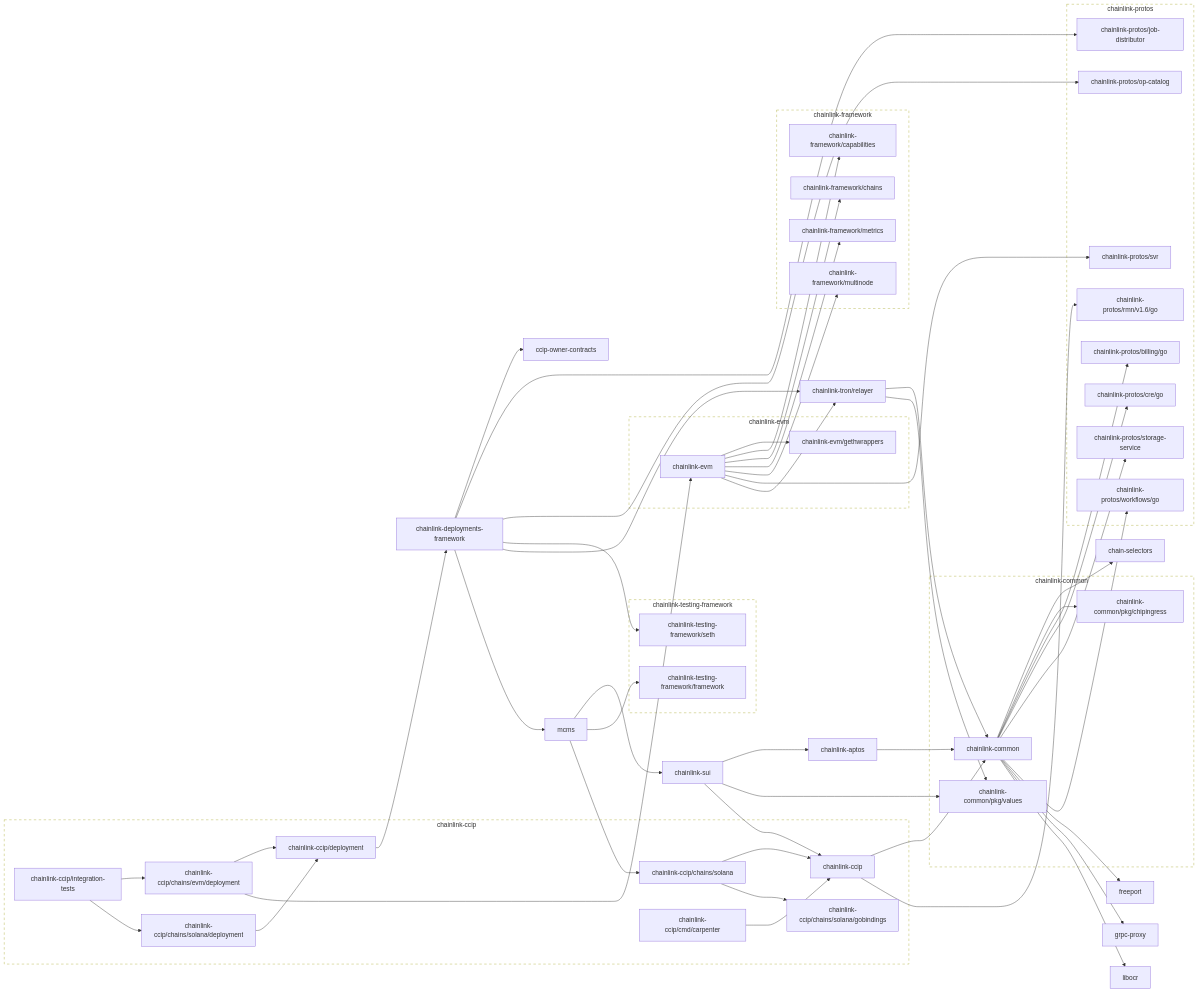
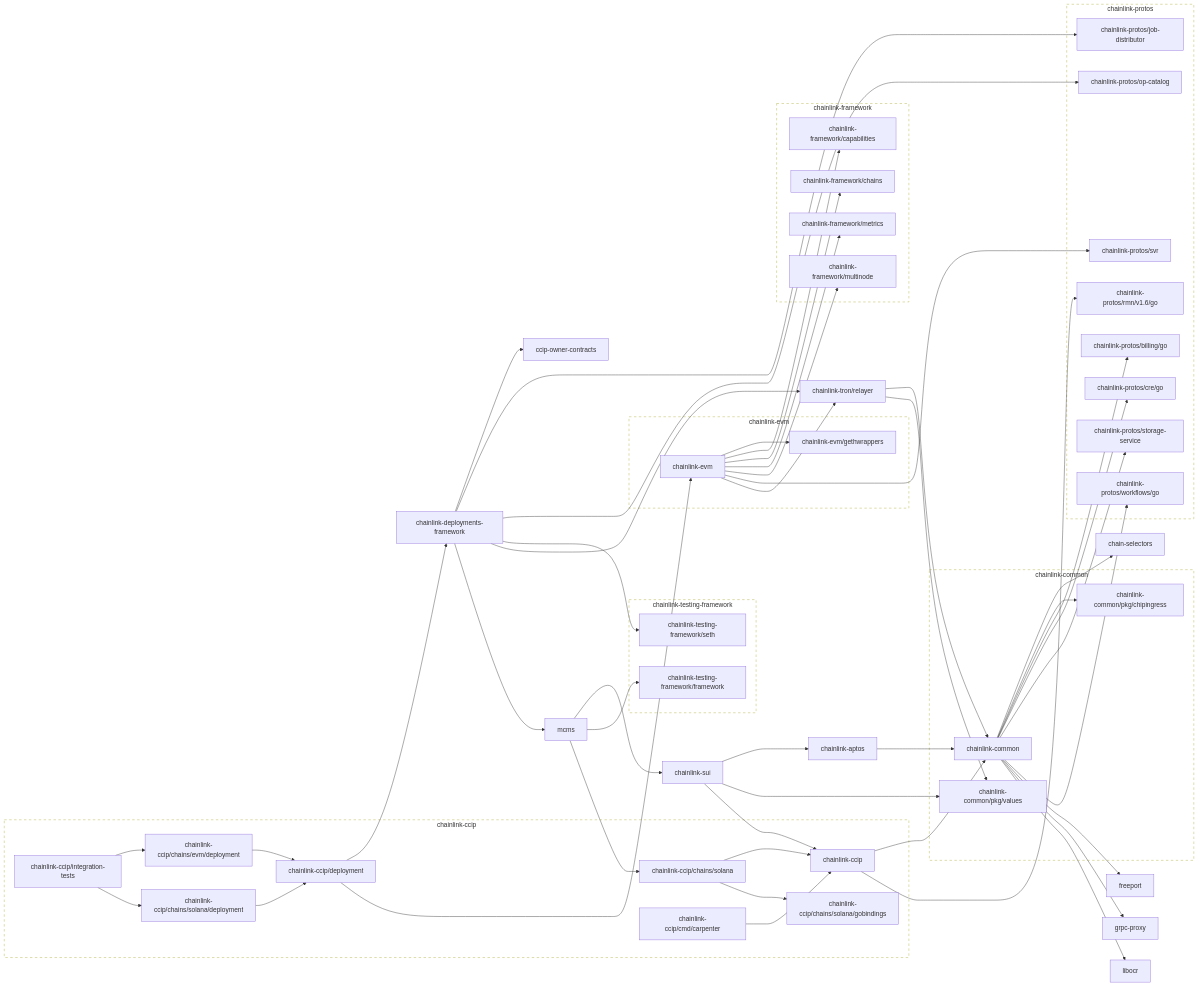
The second of 2 diagrams in go.md (smartcontractkit/chainlink-ccip), drawn with Mermaid before and after one commit.

```diff
--- a/go.md
+++ b/go.md
@@ -69,7 +69,6 @@
 	chainlink-ccip --> chainlink-protos/rmn/v1.6/go
 	click chainlink-ccip href "https://github.com/smartcontractkit/chainlink-ccip"
 	chainlink-ccip/chains/evm/deployment --> chainlink-ccip/deployment
-	chainlink-ccip/chains/evm/deployment --> chainlink-evm
 	click chainlink-ccip/chains/evm/deployment href "https://github.com/smartcontractkit/chainlink-ccip"
 	chainlink-ccip/chains/solana --> chainlink-ccip
 	chainlink-ccip/chains/solana --> chainlink-ccip/chains/solana/gobindings
@@ -81,6 +80,7 @@
 	chainlink-ccip/cmd/carpenter --> chainlink-ccip
 	click chainlink-ccip/cmd/carpenter href "https://github.com/smartcontractkit/chainlink-ccip"
 	chainlink-ccip/deployment --> chainlink-deployments-framework
+	chainlink-ccip/deployment --> chainlink-evm
 	click chainlink-ccip/deployment href "https://github.com/smartcontractkit/chainlink-ccip"
 	chainlink-ccip/integration-tests --> chainlink-ccip/chains/evm/deployment
 	chainlink-ccip/integration-tests --> chainlink-ccip/chains/solana/deployment
```
